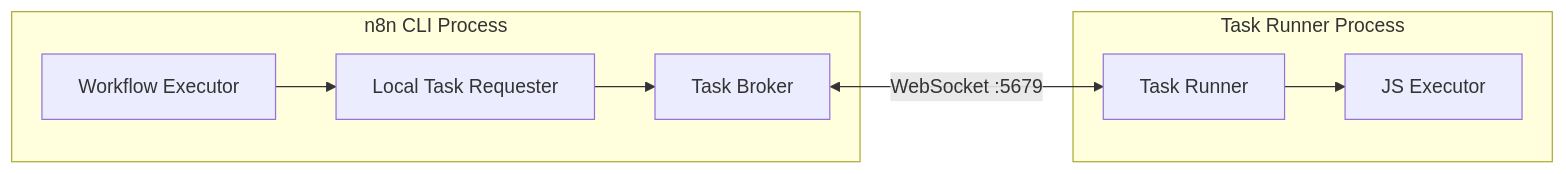
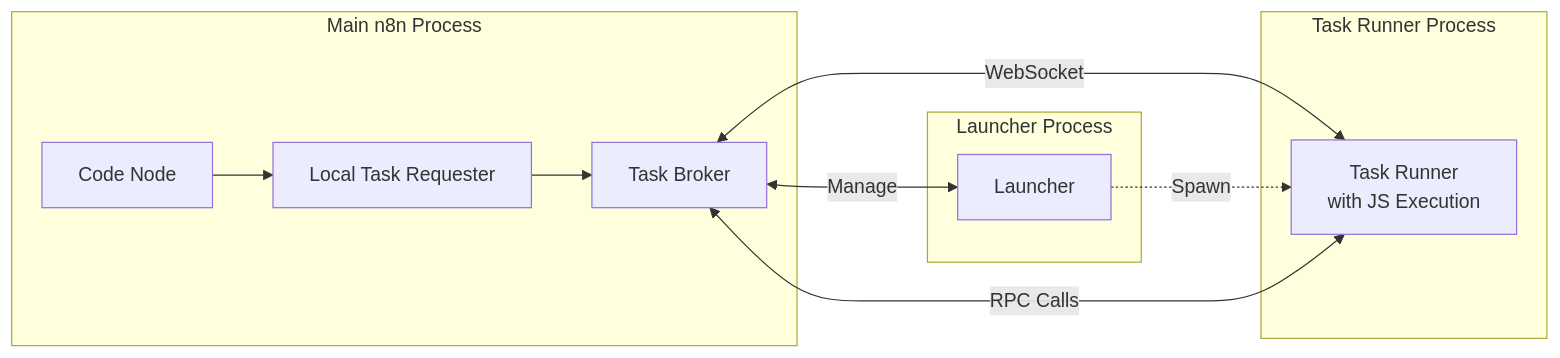
One commit to haroldlucero/n8n changed the first of 2 diagrams in packages/@n8n/task-runner/README.md. Above: the diagram before and after it, drawn with Mermaid. The commit also changed other lines of this file, not shown here.

Commit message:
wip: update task-runner readme graph

````diff
--- a/packages/@n8n/task-runner/README.md
+++ b/packages/@n8n/task-runner/README.md
@@ -27,18 +27,24 @@
 ```mermaid
 graph LR
-    subgraph "n8n CLI Process"
-        WF[Workflow Executor]
+    subgraph "Main n8n Process"
+        CN[Code Node]
         TB[Task Broker]
         LTR[Local Task Requester]
     end
-
+    
+    subgraph "Launcher Process"
+        L[Launcher]
+    end
+    
     subgraph "Task Runner Process"
-        TR[Task Runner]
-        JS[JS Executor]
+        TR[Task Runner<br/>with JS Execution]
     end
-
-    WF --> LTR
+    
+    CN --> LTR
     LTR --> TB
-    TB <--> |WebSocket :5679| TR
-    TR --> JS
+    TB <--> |WebSocket| TR
+    TB <--> |Manage| L
+    L -.-> |Spawn| TR
+    
+    TR <--> |RPC Calls| TB
 ```
````
